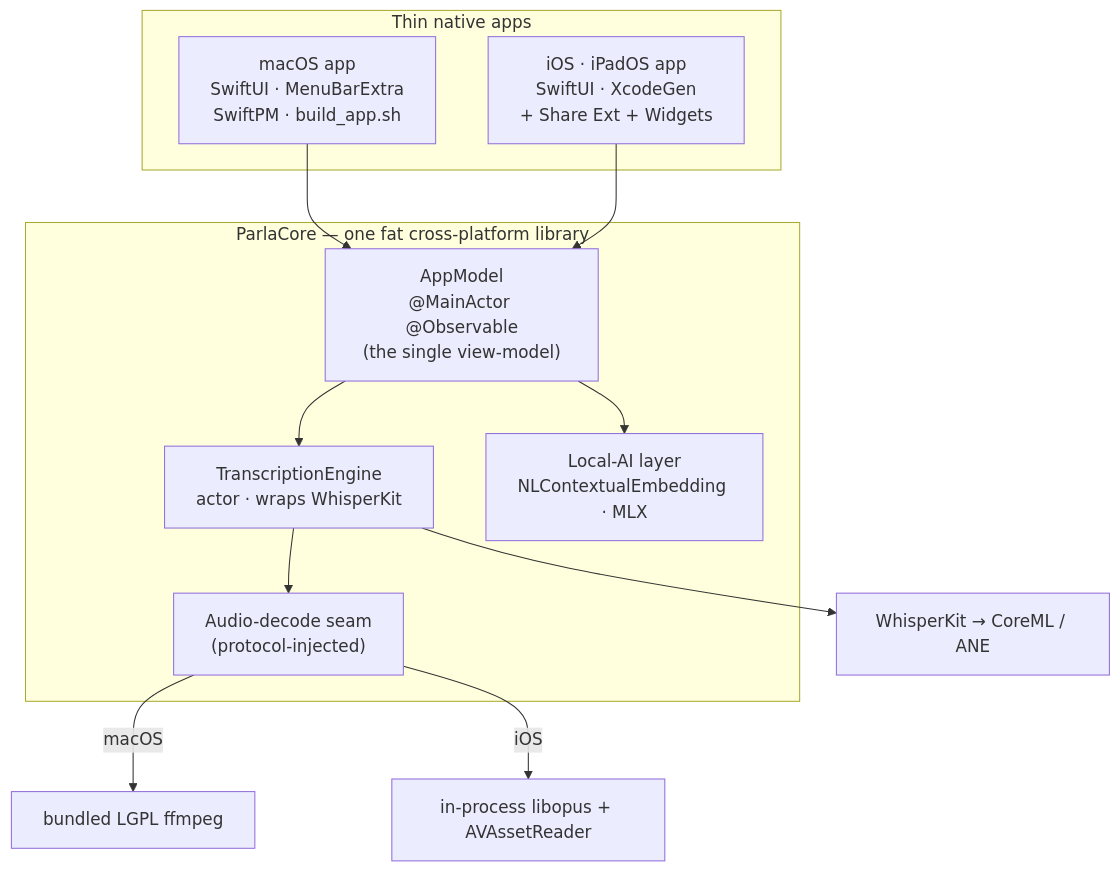
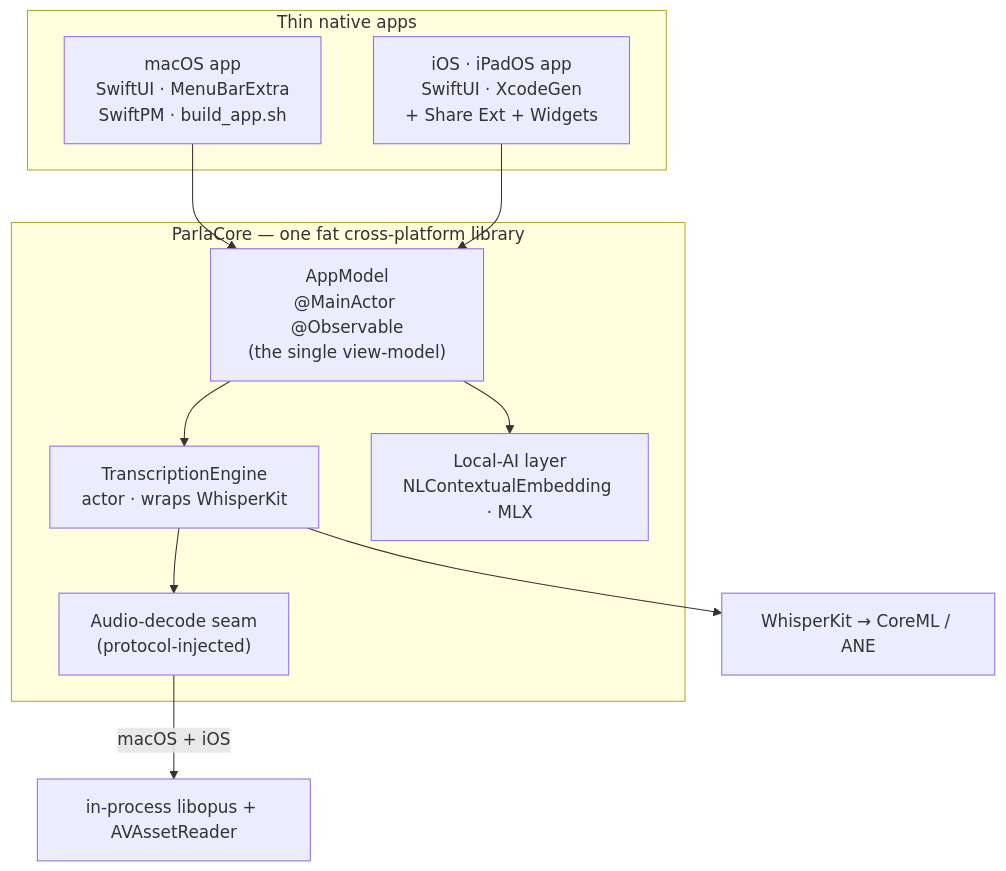
The diagram in README.md (OleksandrUskov/Parla), drawn with Mermaid before and after one commit. The commit also changed other lines of this file and 28 other files, not shown here.

First line of the commit message:
refactor(macos): remove the vendored ffmpeg — decode is fully in-process now

````diff
--- a/README.md
+++ b/README.md
@@ -125,21 +125,20 @@
 ```mermaid
 graph TD
     subgraph APPS["Thin native apps"]
         MAC["macOS app<br/>SwiftUI · MenuBarExtra<br/>SwiftPM · build_app.sh"]
         IOS["iOS · iPadOS app<br/>SwiftUI · XcodeGen<br/>+ Share Ext + Widgets"]
     end
     subgraph CORE["ParlaCore — one fat cross-platform library"]
         VM["AppModel<br/>@MainActor @Observable<br/>(the single view-model)"]
         ENG["TranscriptionEngine<br/>actor · wraps WhisperKit"]
         AI["Local-AI layer<br/>NLContextualEmbedding · MLX"]
         DEC["Audio-decode seam<br/>(protocol-injected)"]
     end
     MAC --> VM
     IOS --> VM
     VM --> ENG
     VM --> AI
     ENG --> DEC
     ENG --> WK["WhisperKit → CoreML / ANE"]
-    DEC -->|macOS| FF["bundled LGPL ffmpeg"]
-    DEC -->|iOS| OP["in-process libopus + AVAssetReader"]
+    DEC -->|macOS + iOS| OP["in-process libopus + AVAssetReader"]
 ```
````
